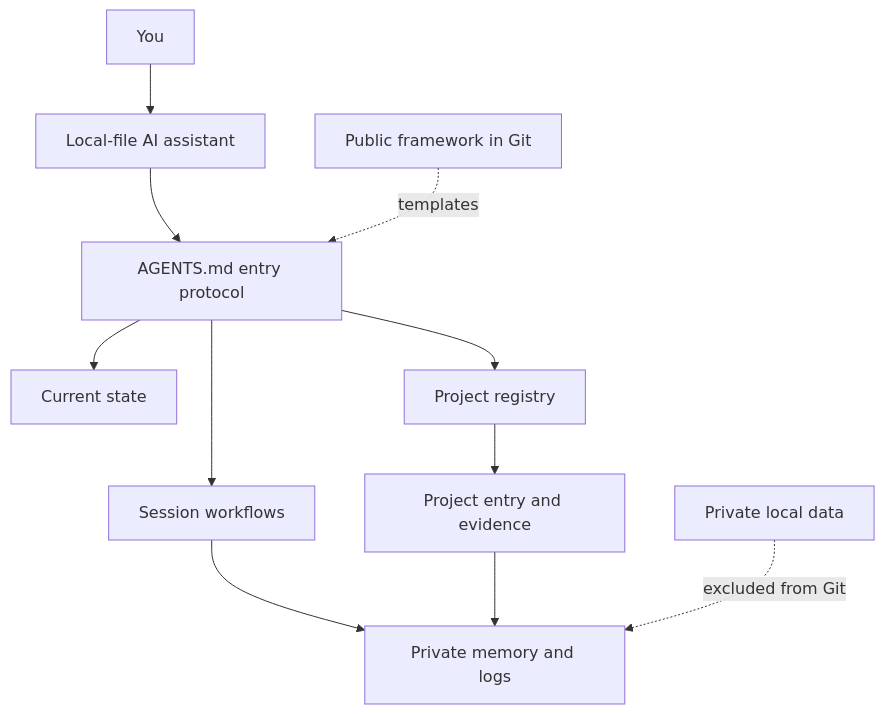
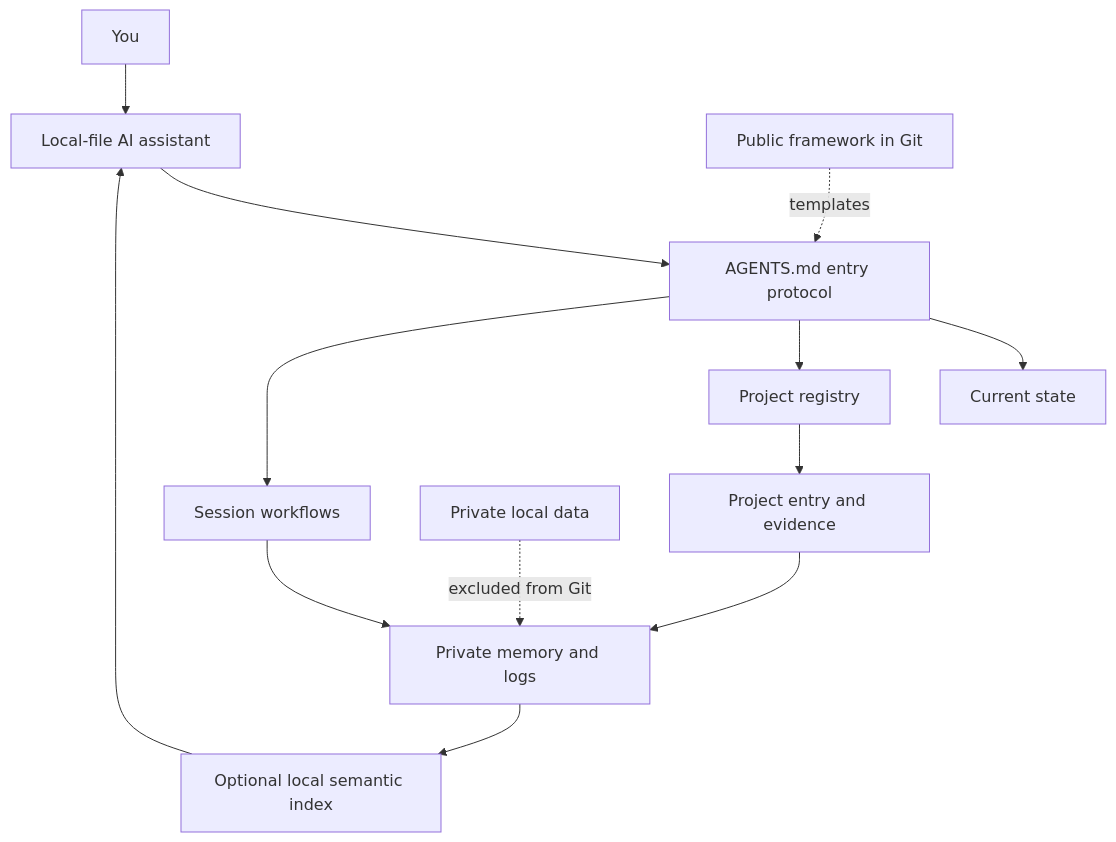
One commit to davidme6/personal-ai-agent changed the diagram in README.md. Above: the diagram before and after it, drawn with Mermaid. The commit also changed other lines of this file and 12 other files, not shown here.

Commit message:
feat: add local semantic memory and visible support options

````diff
--- a/README.md
+++ b/README.md
@@ -38,13 +39,15 @@
 ```mermaid
 flowchart TD
     U[You] --> A[Local-file AI assistant]
     A --> P[AGENTS.md entry protocol]
     P --> S[Current state]
     P --> R[Project registry]
     P --> W[Session workflows]
     R --> E[Project entry and evidence]
     W --> M[Private memory and logs]
     E --> M
+    M --> I[Optional local semantic index]
+    I --> A
     C[Public framework in Git] -. templates .-> P
     D[Private local data] -. excluded from Git .-> M
 ```
````
